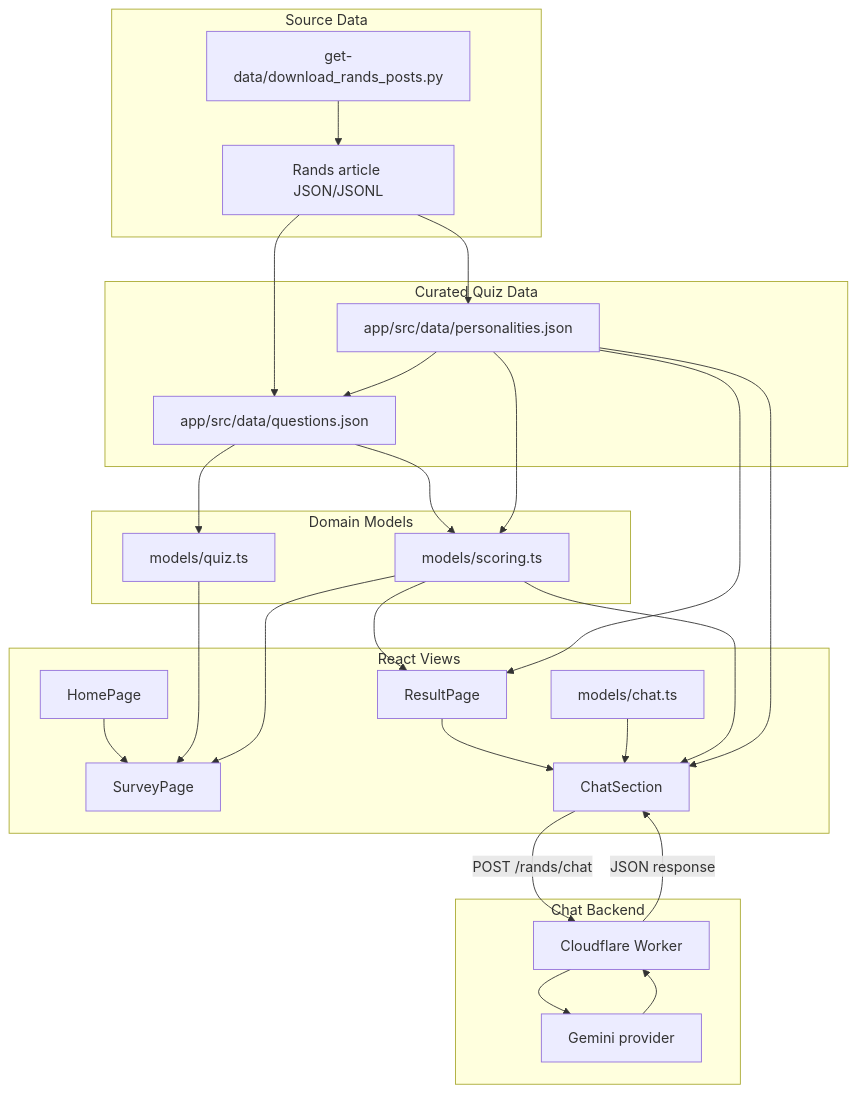
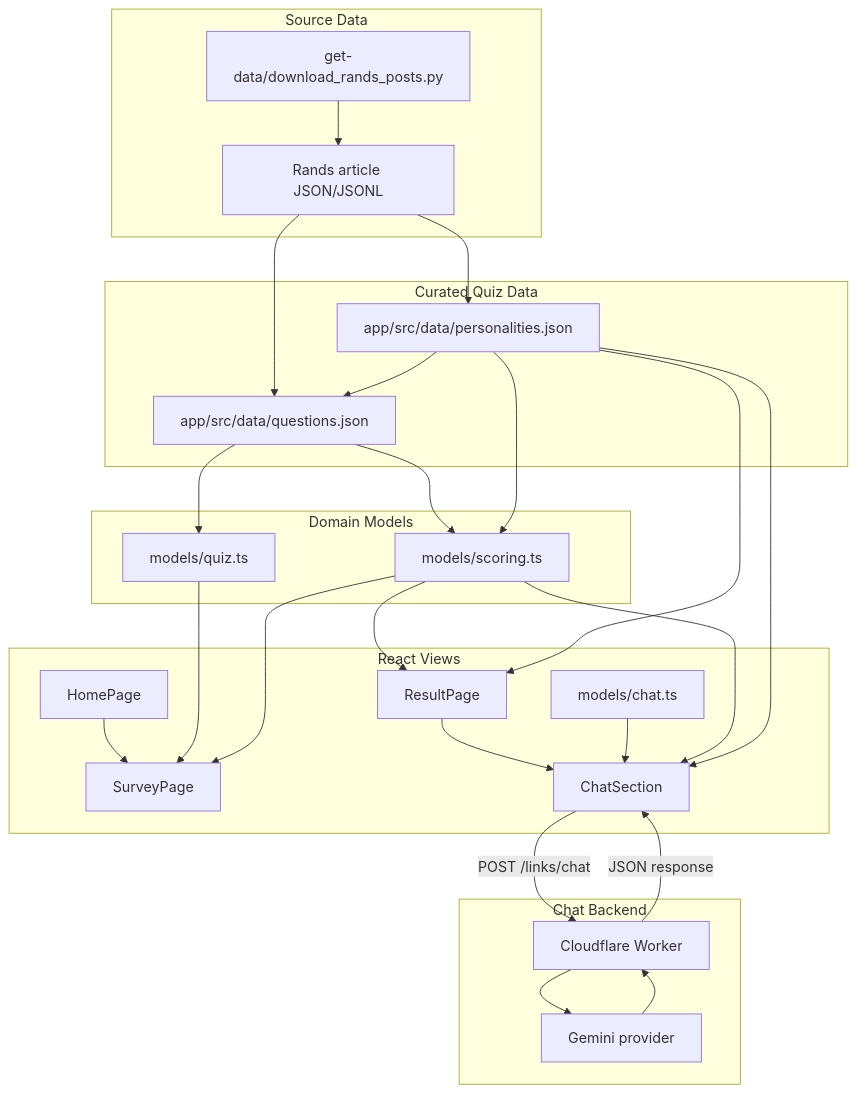
The first of 3 diagrams in architecture.md (johnpfeiffer/rands-personality-game), drawn with Mermaid before and after one commit. The commit also changed other lines of this file and 12 other files, not shown here.

````diff
--- a/architecture.md
+++ b/architecture.md
@@ -8,37 +8,37 @@
 ```mermaid
 flowchart TD
     subgraph Source["Source Data"]
         Downloader["get-data/download_rands_posts.py"] --> Articles["Rands article JSON/JSONL"]
     end
 
     subgraph Data["Curated Quiz Data"]
         Articles --> Personalities["app/src/data/personalities.json"]
         Articles --> Questions["app/src/data/questions.json"]
         Personalities --> Questions
     end
 
     subgraph Models["Domain Models"]
         Questions --> QuizModel["models/quiz.ts"]
         Questions --> ScoringModel["models/scoring.ts"]
         Personalities --> ScoringModel
     end
 
     subgraph Views["React Views"]
         Home["HomePage"] --> Survey["SurveyPage"]
         QuizModel --> Survey
         ScoringModel --> Survey
         ScoringModel --> Result["ResultPage"]
         Personalities --> Result
         Result --> Chat["ChatSection"]
         ChatModel["models/chat.ts"] --> Chat
         ScoringModel --> Chat
         Personalities --> Chat
     end
 
     subgraph ChatBackend["Chat Backend"]
-        Chat -->|POST /rands/chat| Worker["Cloudflare Worker"]
+        Chat -->|POST /links/chat| Worker["Cloudflare Worker"]
         Worker --> Provider["Gemini provider"]
         Provider --> Worker
         Worker -->|JSON response| Chat
     end
 ```
````
